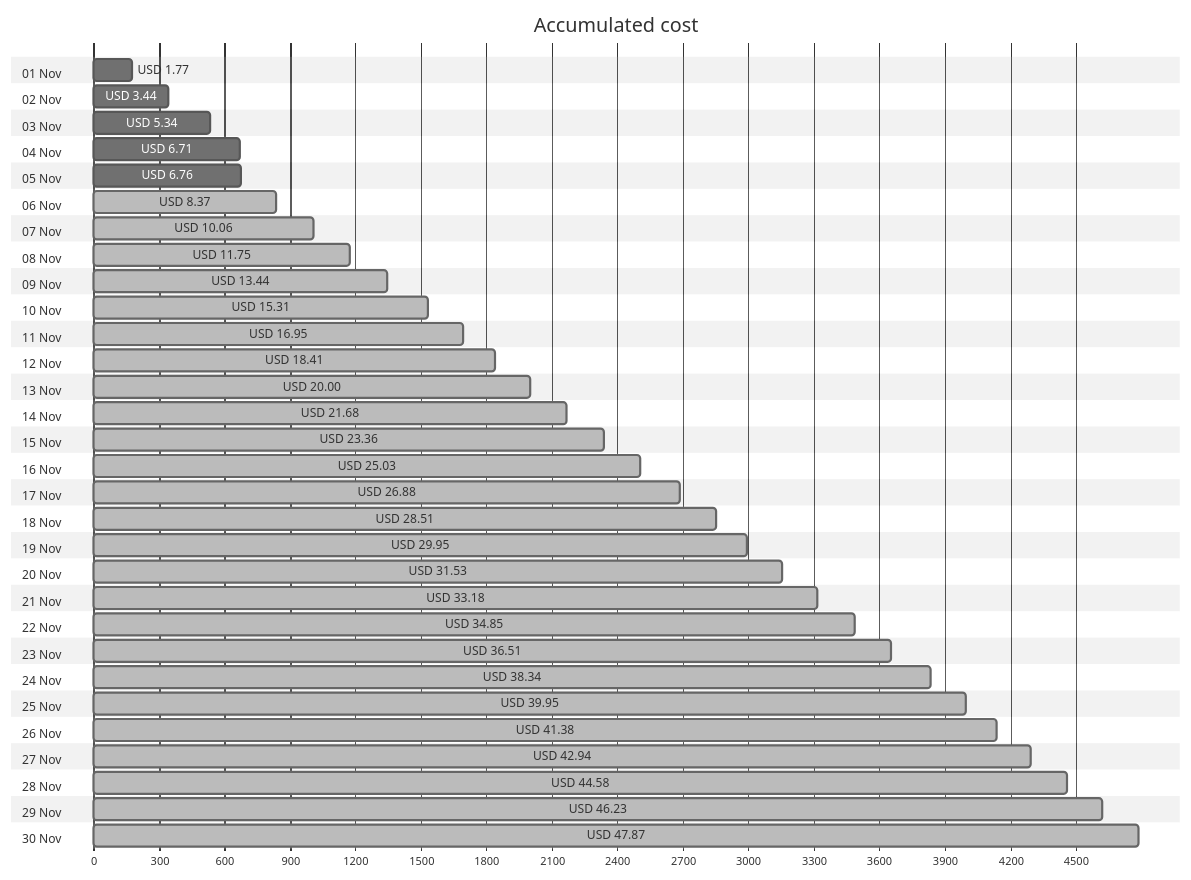
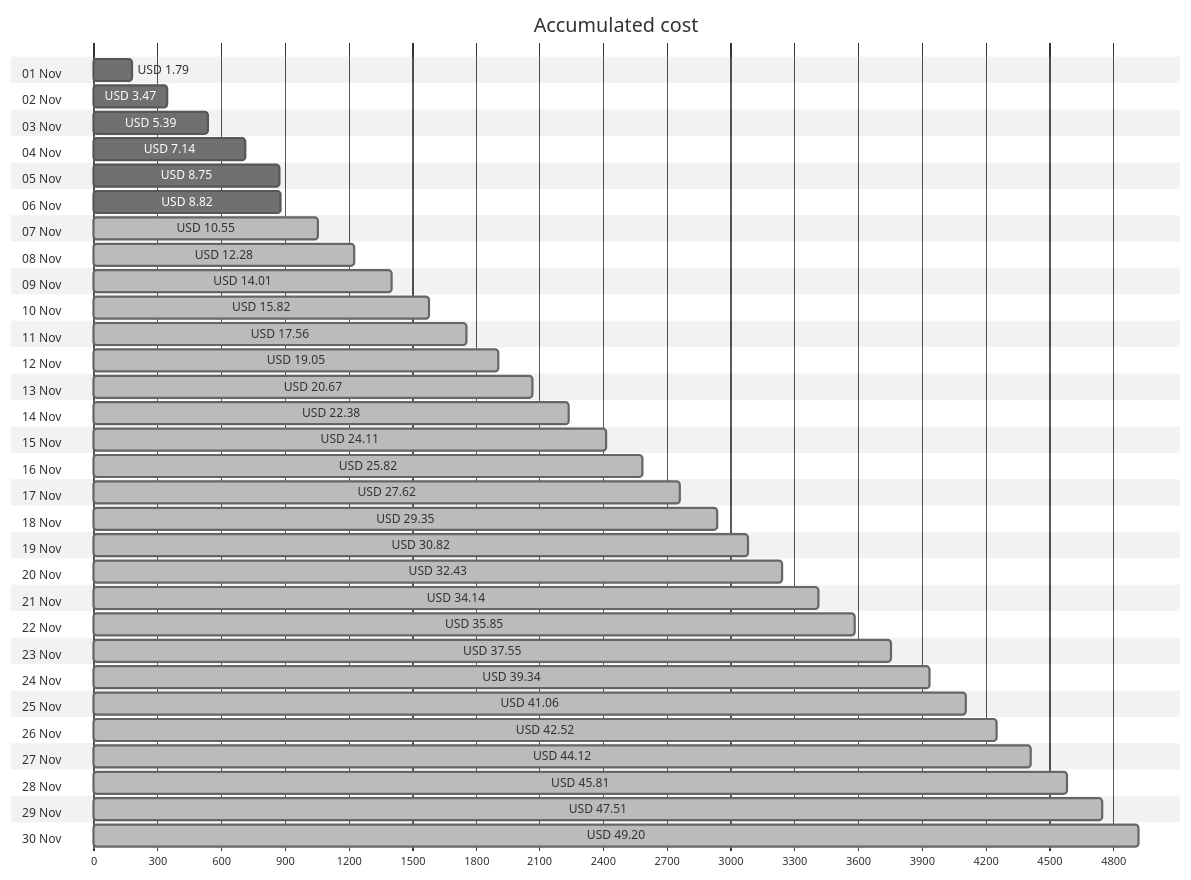
Before and after one commit to jpfulton/azure-personal-reports: the first of 4 diagrams in cost-reports/personal-network/README.md, drawn with Mermaid (neutral theme). The commit also changed other lines of this file and 8 other files, not shown here.

````diff
--- a/cost-reports/personal-network/README.md
+++ b/cost-reports/personal-network/README.md
@@ -20,66 +20,66 @@
 ```mermaid
 gantt
    title Accumulated cost
    dateFormat  X
    axisFormat %s
    section 01 Nov
-   USD 1.77 :0, 177
+   USD 1.79 :0, 179
    section 02 Nov
-   USD 3.44 :0, 344
+   USD 3.47 :0, 347
    section 03 Nov
-   USD 5.34 :0, 534
+   USD 5.39 :0, 539
    section 04 Nov
-   USD 6.71 :0, 671
+   USD 7.14 :0, 714
    section 05 Nov
-   USD 6.76 :0, 676
+   USD 8.75 :0, 875
    section 06 Nov
-   USD 8.37 : done, 0, 837
+   USD 8.82 :0, 882
    section 07 Nov
-   USD 10.06 : done, 0, 1006
+   USD 10.55 : done, 0, 1055
    section 08 Nov
-   USD 11.75 : done, 0, 1175
+   USD 12.28 : done, 0, 1228
    section 09 Nov
-   USD 13.44 : done, 0, 1344
+   USD 14.01 : done, 0, 1401
    section 10 Nov
-   USD 15.31 : done, 0, 1531
+   USD 15.82 : done, 0, 1582
    section 11 Nov
-   USD 16.95 : done, 0, 1695
+   USD 17.56 : done, 0, 1756
    section 12 Nov
-   USD 18.41 : done, 0, 1841
+   USD 19.05 : done, 0, 1905
    section 13 Nov
-   USD 20.00 : done, 0, 2000
+   USD 20.67 : done, 0, 2067
    section 14 Nov
-   USD 21.68 : done, 0, 2168
+   USD 22.38 : done, 0, 2238
    section 15 Nov
-   USD 23.36 : done, 0, 2336
+   USD 24.11 : done, 0, 2411
    section 16 Nov
-   USD 25.03 : done, 0, 2503
+   USD 25.82 : done, 0, 2582
    section 17 Nov
-   USD 26.88 : done, 0, 2688
+   USD 27.62 : done, 0, 2762
    section 18 Nov
-   USD 28.51 : done, 0, 2851
+   USD 29.35 : done, 0, 2935
    section 19 Nov
-   USD 29.95 : done, 0, 2995
+   USD 30.82 : done, 0, 3082
    section 20 Nov
-   USD 31.53 : done, 0, 3153
+   USD 32.43 : done, 0, 3243
    section 21 Nov
-   USD 33.18 : done, 0, 3318
+   USD 34.14 : done, 0, 3414
    section 22 Nov
-   USD 34.85 : done, 0, 3485
+   USD 35.85 : done, 0, 3585
    section 23 Nov
-   USD 36.51 : done, 0, 3651
+   USD 37.55 : done, 0, 3755
    section 24 Nov
-   USD 38.34 : done, 0, 3834
+   USD 39.34 : done, 0, 3934
    section 25 Nov
-   USD 39.95 : done, 0, 3995
+   USD 41.06 : done, 0, 4106
    section 26 Nov
-   USD 41.38 : done, 0, 4138
+   USD 42.52 : done, 0, 4252
    section 27 Nov
-   USD 42.94 : done, 0, 4294
+   USD 44.12 : done, 0, 4412
    section 28 Nov
-   USD 44.58 : done, 0, 4458
+   USD 45.81 : done, 0, 4581
    section 29 Nov
-   USD 46.23 : done, 0, 4623
+   USD 47.51 : done, 0, 4751
    section 30 Nov
-   USD 47.87 : done, 0, 4787
+   USD 49.20 : done, 0, 4920
 ```
````
